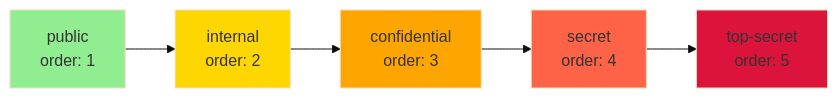
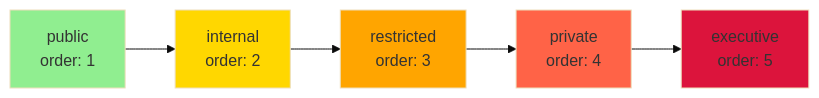
The second of 4 diagrams in docs/explanation/abac-and-policy/index.md (opentdf/docs), drawn with Mermaid (base theme) before and after one commit. The commit also changed other lines of this file, not shown here.

````diff
--- a/docs/explanation/abac-and-policy/index.md
+++ b/docs/explanation/abac-and-policy/index.md
@@ -139,16 +139,16 @@
 ```mermaid
 graph LR
     Public[public<br/>order: 1]
     Internal[internal<br/>order: 2]
-    Confidential[confidential<br/>order: 3]
-    Secret[secret<br/>order: 4]
-    TopSecret[top-secret<br/>order: 5]
+    Restricted[restricted<br/>order: 3]
+    Private[private<br/>order: 4]
+    Executive[executive<br/>order: 5]
 
-    Public --> Internal --> Confidential --> Secret --> TopSecret
+    Public --> Internal --> Restricted --> Private --> Executive
 
     style Public fill:#90EE90
     style Internal fill:#FFD700
-    style Confidential fill:#FFA500
-    style Secret fill:#FF6347
-    style TopSecret fill:#DC143C
+    style Restricted fill:#FFA500
+    style Private fill:#FF6347
+    style Executive fill:#DC143C
 ```
````
